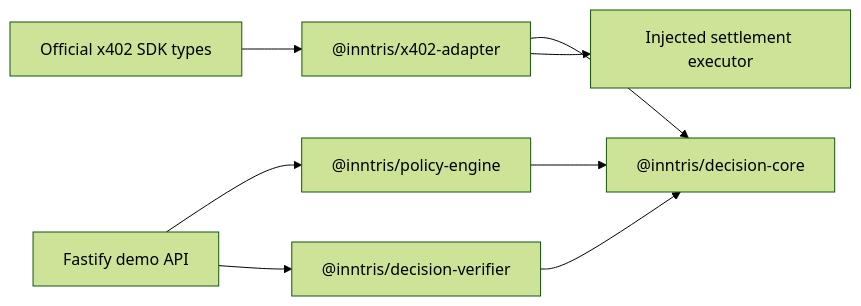
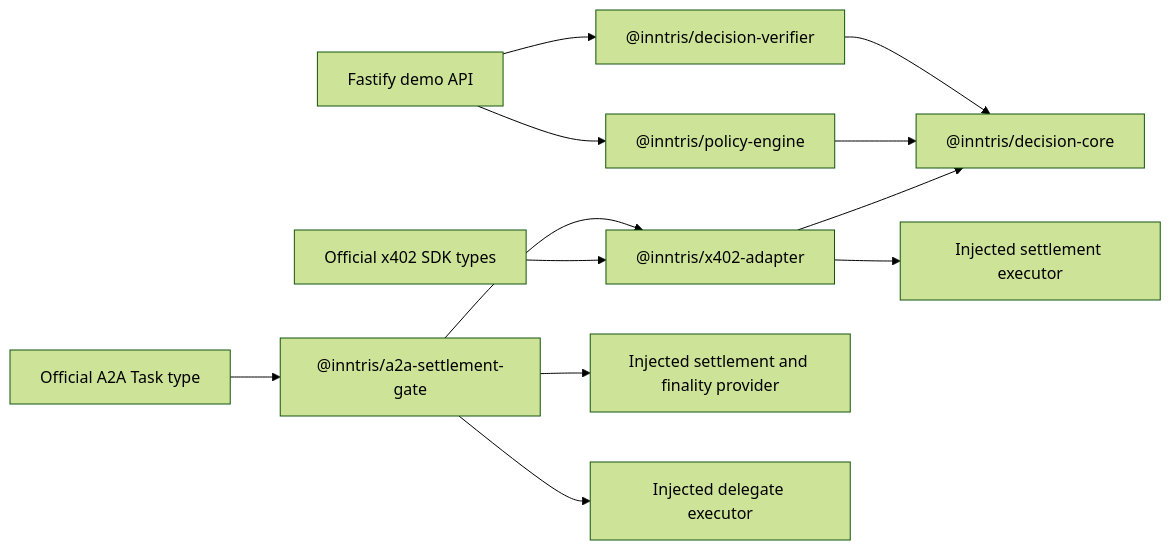
The diagram in ARCHITECTURE.md (Inntris/inntris-x402-policy-adapter), drawn with Mermaid (forest theme) before and after one commit. The commit also changed other lines of this file and 25 other files, not shown here.

Commit message:
feat: add fail-closed A2A settlement gate (#13)

````diff
--- a/ARCHITECTURE.md
+++ b/ARCHITECTURE.md
@@ -20,10 +20,14 @@
 ```mermaid
 flowchart LR
     X["Official x402 SDK types"] --> A["@inntris/x402-adapter"]
     A --> C["@inntris/decision-core"]
     P["@inntris/policy-engine"] --> C
     V["@inntris/decision-verifier"] --> C
     API["Fastify demo API"] --> P
     API --> V
     A --> E["Injected settlement executor"]
+    T["Official A2A Task type"] --> G["@inntris/a2a-settlement-gate"]
+    G --> A
+    G --> S["Injected settlement and finality provider"]
+    G --> D["Injected delegate executor"]
 ```
````
